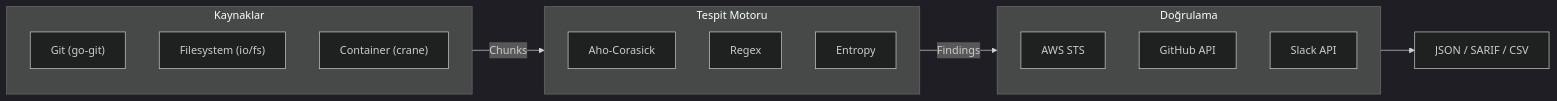
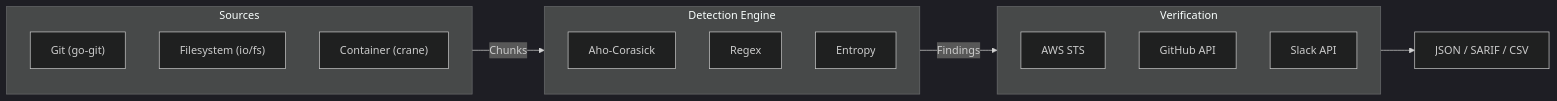
One commit to actions-marketplace-validations/HodeTech_Leakwatch changed the diagram in README.md. Above: the diagram before and after it, drawn with Mermaid (dark theme). The commit also changed other lines of this file and 44 other files, not shown here.

````diff
--- a/README.md
+++ b/README.md
@@ -141,24 +141,24 @@
 ```mermaid
 flowchart LR
-    subgraph Sources["Kaynaklar"]
+    subgraph Sources["Sources"]
         S1["Git (go-git)"]
         S2["Filesystem (io/fs)"]
         S3["Container (crane)"]
     end
 
-    subgraph Engine["Tespit Motoru"]
+    subgraph Engine["Detection Engine"]
         E1[Aho-Corasick]
         E2[Regex]
         E3[Entropy]
     end
 
-    subgraph Verify["Doğrulama"]
+    subgraph Verify["Verification"]
         V1[AWS STS]
         V2[GitHub API]
         V3[Slack API]
     end
 
     Sources -->|Chunks| Engine
     Engine -->|Findings| Verify
     Verify --> Output["JSON / SARIF / CSV"]
 ```
````
